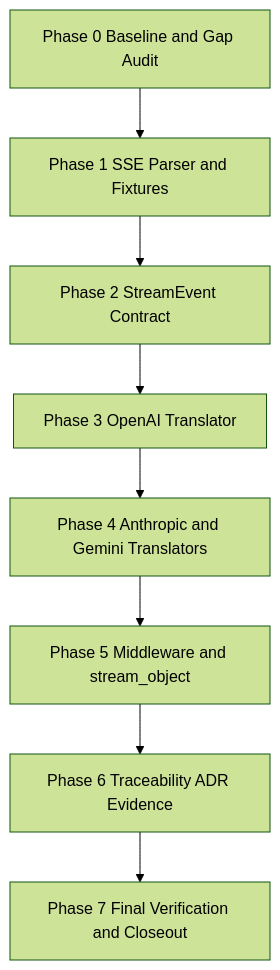
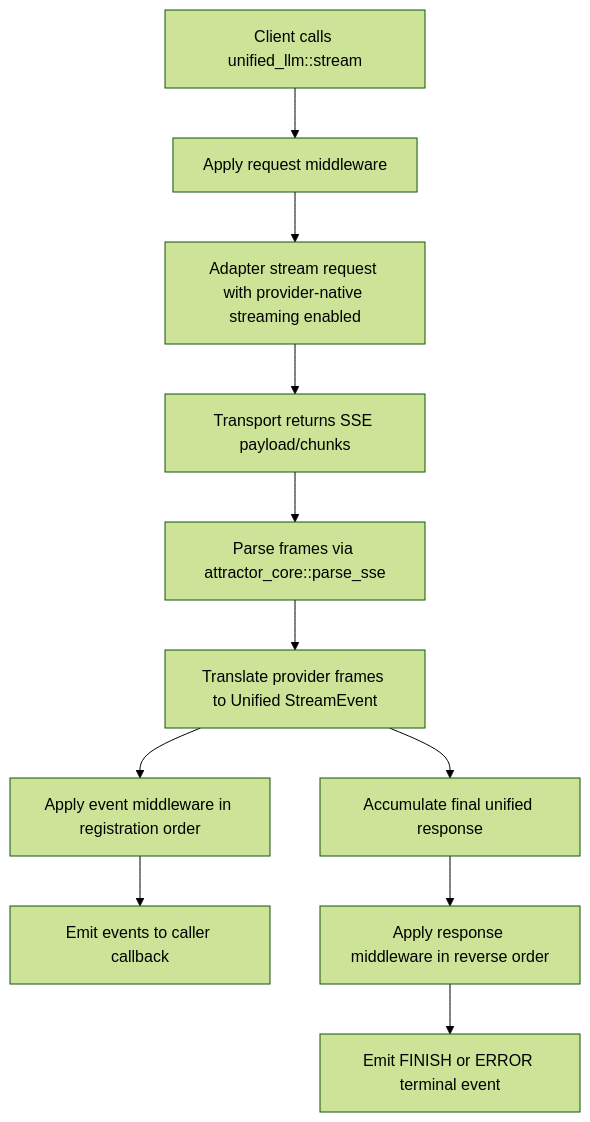
The third of 5 diagrams in docs/sprints/SPRINT-005-comprehensive-implementation-plan.md (jaytaylor/attractor-tcl), drawn with Mermaid (forest theme) before and after one commit. The commit also changed other lines of this file, not shown here.

Commit message:
docs(sprint-005): complete comprehensive implementation plan with verified evidence matrix

````diff
--- a/docs/sprints/SPRINT-005-comprehensive-implementation-plan.md
+++ b/docs/sprints/SPRINT-005-comprehensive-implementation-plan.md
@@ -1230,10 +1042,13 @@
 ```mermaid
 flowchart TD
-    A[Phase 0 Baseline and Gap Audit] --> B[Phase 1 SSE Parser and Fixtures]
-    B --> C[Phase 2 StreamEvent Contract]
-    C --> D[Phase 3 OpenAI Translator]
-    D --> E[Phase 4 Anthropic and Gemini Translators]
-    E --> F[Phase 5 Middleware and stream_object]
-    F --> G[Phase 6 Traceability ADR Evidence]
-    G --> H[Phase 7 Final Verification and Closeout]
+  A[Client calls unified_llm::stream] --> B[Apply request middleware]
+  B --> C[Adapter stream request with provider-native streaming enabled]
+  C --> D[Transport returns SSE payload/chunks]
+  D --> E[Parse frames via attractor_core::parse_sse]
+  E --> F[Translate provider frames to Unified StreamEvent]
+  F --> G[Apply event middleware in registration order]
+  G --> H[Emit events to caller callback]
+  F --> I[Accumulate final unified response]
+  I --> J[Apply response middleware in reverse order]
+  J --> K[Emit FINISH or ERROR terminal event]
 ```
````
